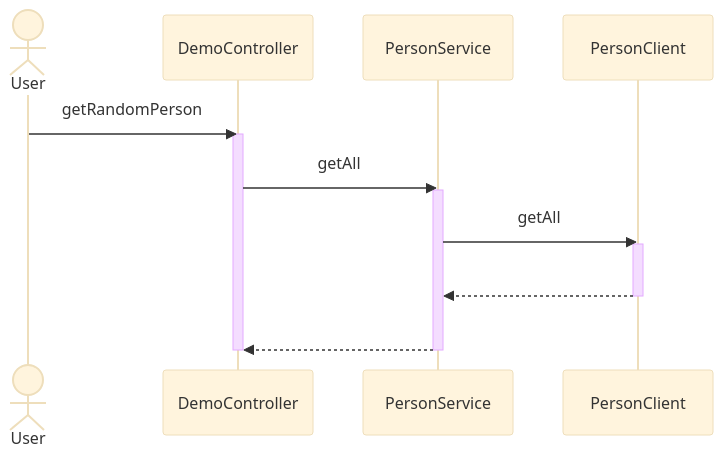
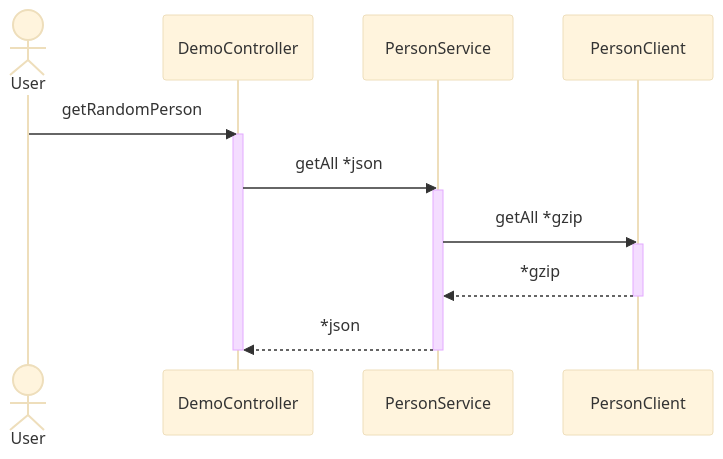
Before and after one commit to humbertodias/feign-client-compression: the diagram in README.md, drawn with Mermaid (base theme).

````diff
--- a/README.md
+++ b/README.md
@@ -6,15 +6,15 @@
 ```mermaid
 sequenceDiagram
 actor User
 User ->> DemoController : getRandomPerson
 activate DemoController
-DemoController ->> PersonService : getAll
+DemoController ->> PersonService : getAll *json
 activate PersonService
-PersonService ->> PersonClient : getAll
+PersonService ->> PersonClient : getAll *gzip
 activate PersonClient
-PersonClient -->> PersonService : #32;
+PersonClient -->> PersonService : #32; *gzip
 deactivate PersonClient
-PersonService -->> DemoController : #32;
+PersonService -->> DemoController : #32; *json
 deactivate PersonService
 deactivate DemoController
 ```
````
